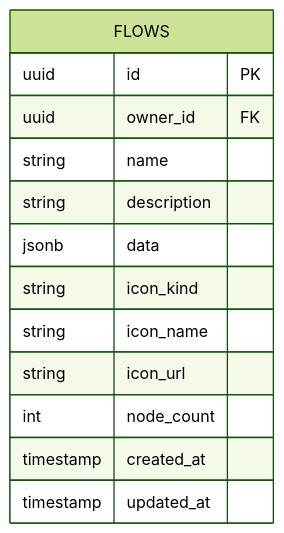
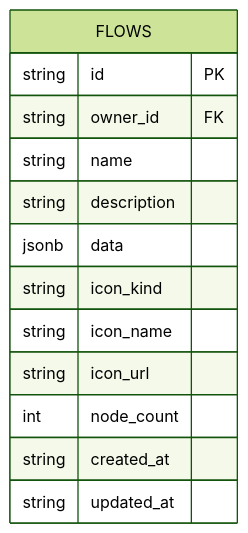
Before and after one commit to JasperLin2333/Flash-Flow: the sixth of 9 diagrams in .qoder/repowiki/zh/content/数据模型与类型定义/数据模型与类型定义.md, drawn with Mermaid (forest theme). The commit also changed other lines of this file and 121 other files, not shown here.

````diff
--- a/.qoder/repowiki/zh/content/数据模型与类型定义/数据模型与类型定义.md
+++ b/.qoder/repowiki/zh/content/数据模型与类型定义/数据模型与类型定义.md
@@ -236,16 +244,16 @@
 ```mermaid
 erDiagram
 FLOWS {
-uuid id PK
-uuid owner_id FK
+string id PK
+string owner_id FK
 string name
 string description
 jsonb data
 string icon_kind
 string icon_name
 string icon_url
 int node_count
-timestamp created_at
-timestamp updated_at
+string created_at
+string updated_at
 }
 ```
````
